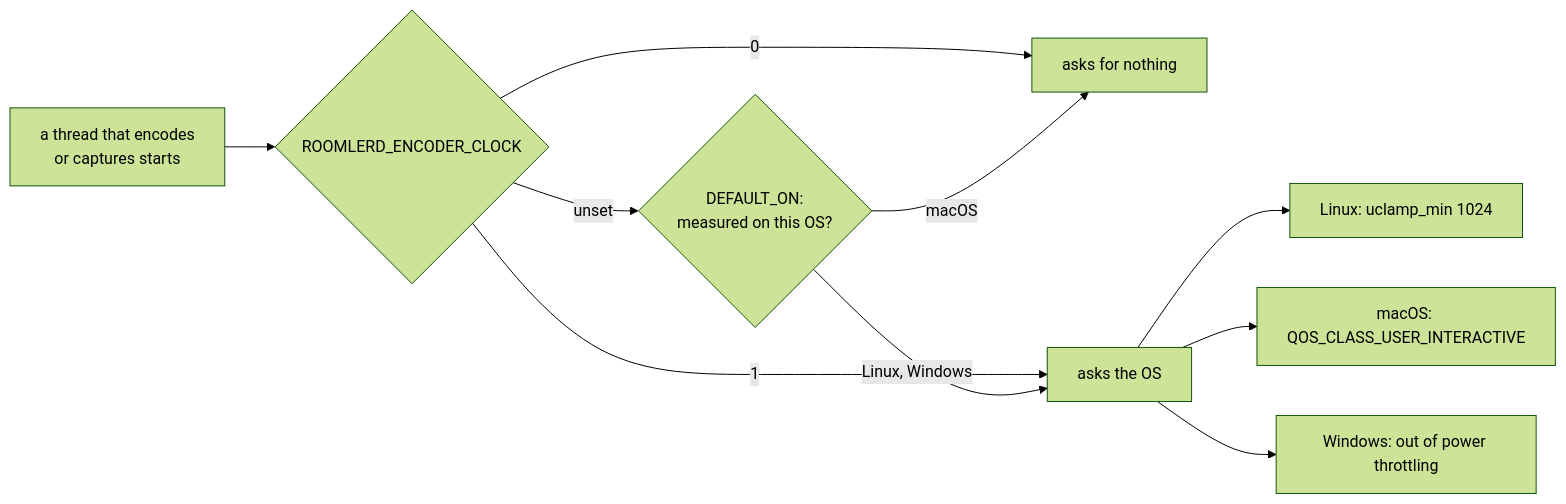
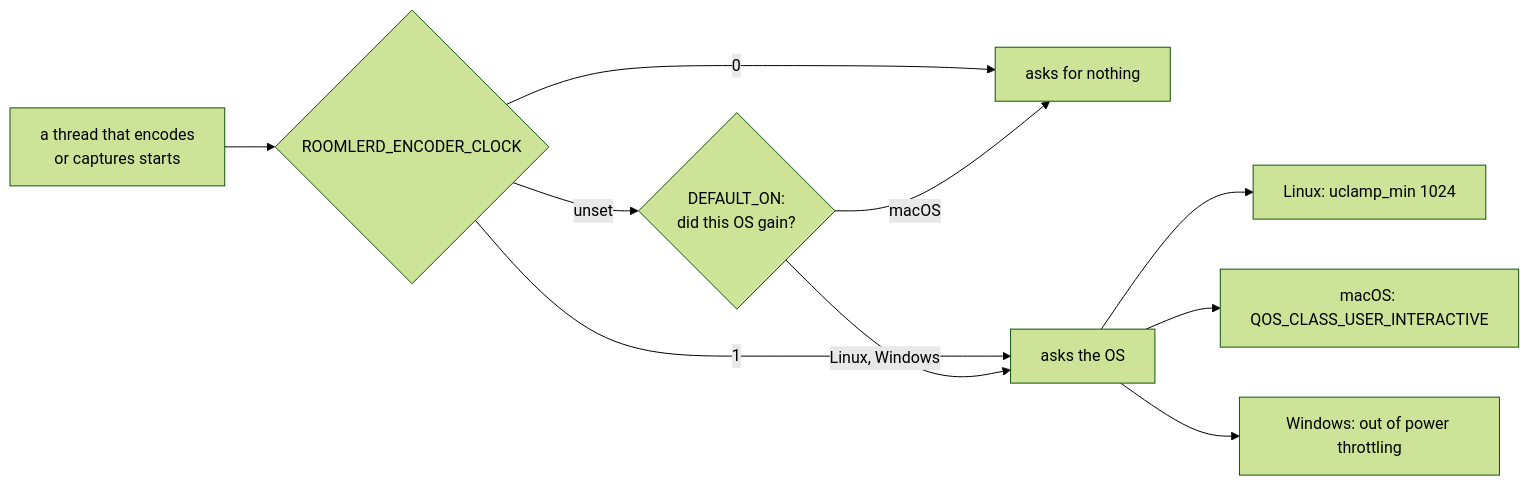
One commit to gjovanov/roomler-ai changed diagram 16 of 17 in docs/encoders.md. Above: the diagram before and after it, drawn with Mermaid (forest theme). The commit also changed 5 other files, not shown here.

````diff
--- a/docs/encoders.md
+++ b/docs/encoders.md
@@ -1546,12 +1546,12 @@
 ```mermaid
 flowchart LR
     T["a thread that encodes<br/>or captures starts"] --> S{"ROOMLERD_ENCODER_CLOCK"}
     S -->|"0"| N["asks for nothing"]
     S -->|"1"| A["asks the OS"]
-    S -->|"unset"| D{"DEFAULT_ON:<br/>measured on this OS?"}
+    S -->|"unset"| D{"DEFAULT_ON:<br/>did this OS gain?"}
     D -->|"Linux, Windows"| A
     D -->|"macOS"| N
     A --> L["Linux: uclamp_min 1024"]
     A --> M["macOS: QOS_CLASS_USER_INTERACTIVE"]
     A --> W["Windows: out of power throttling"]
 ```
````
